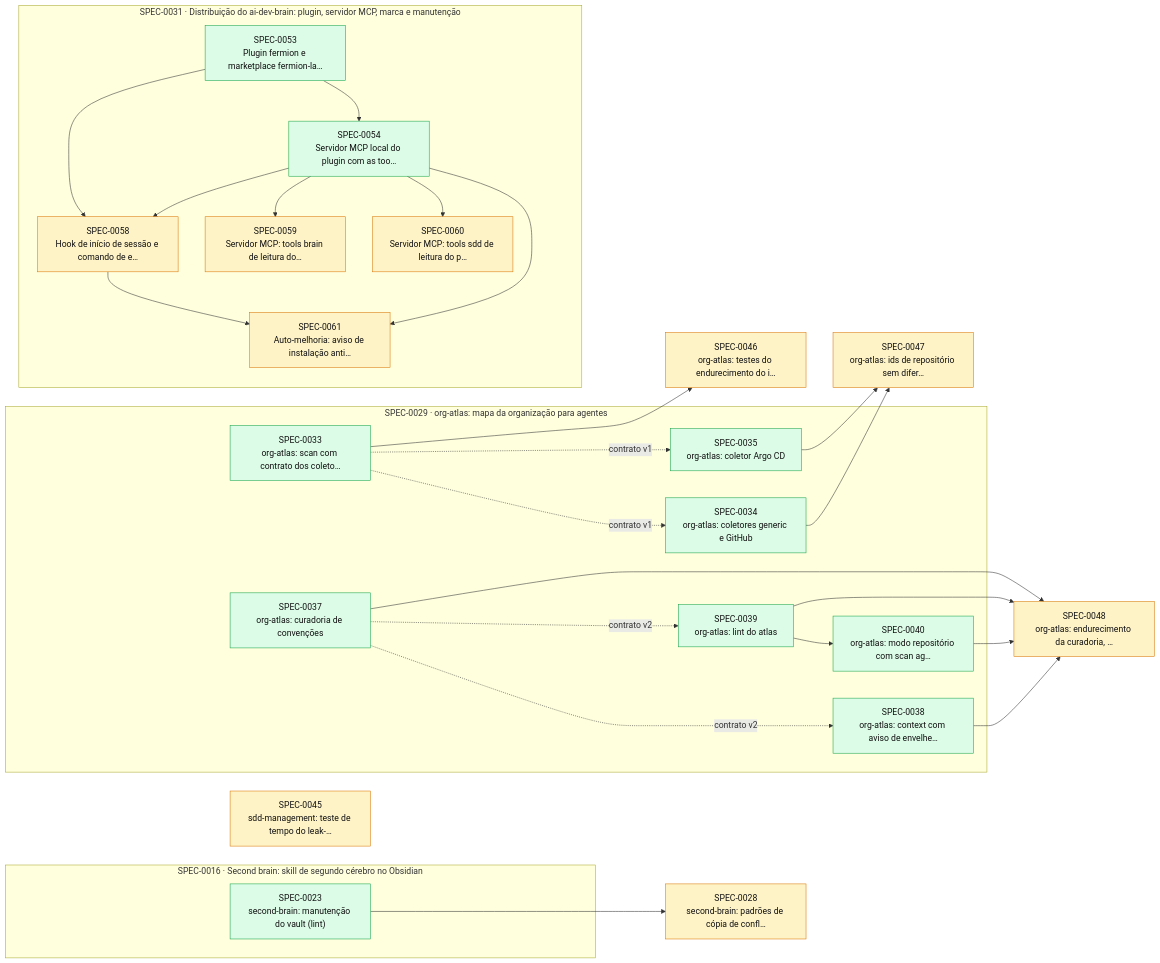
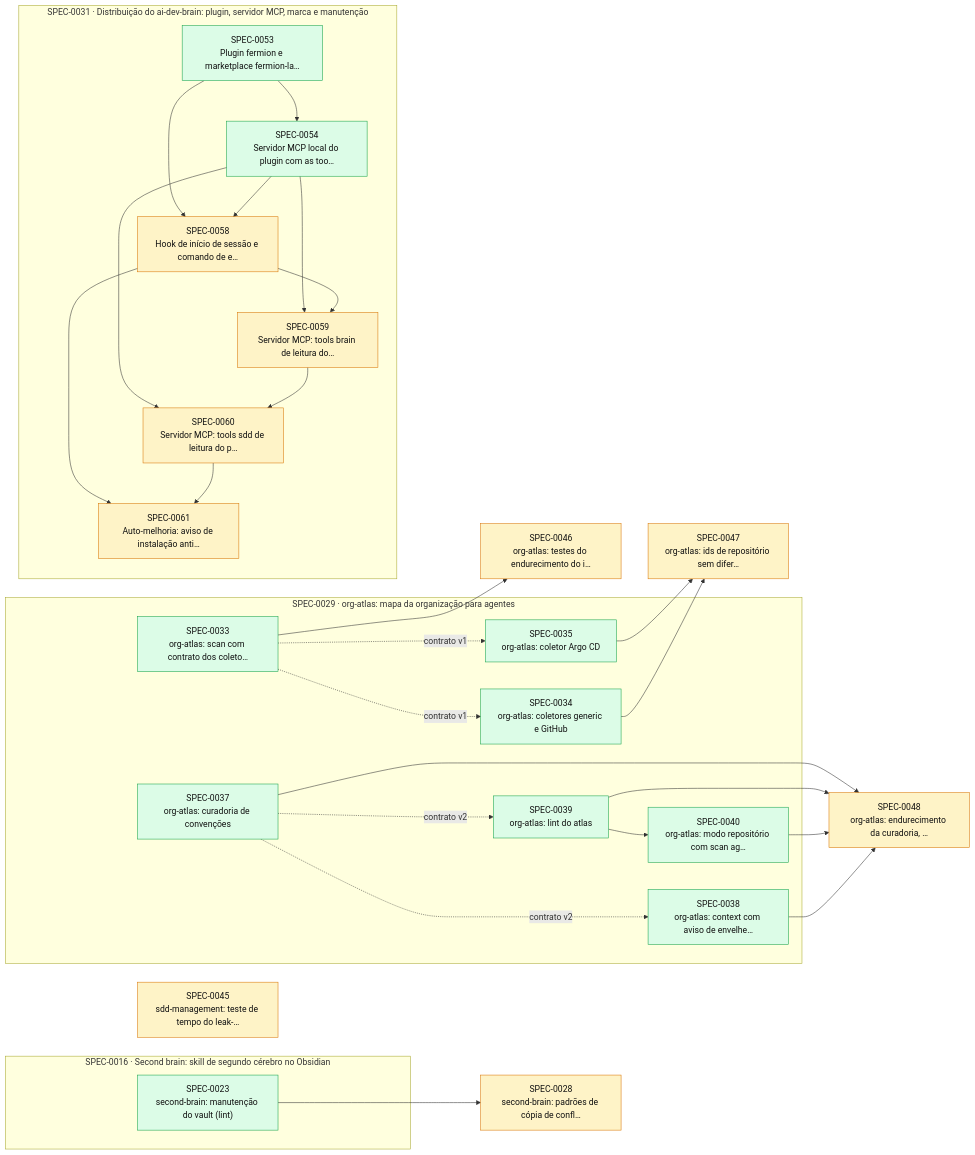
One commit to thomasravache/ai-dev-brain changed the diagram in docs/specs/INDEX.md. Above: the diagram before and after it, drawn with Mermaid. The commit also changed other lines of this file and 8 other files, not shown here.

````diff
--- a/docs/specs/INDEX.md
+++ b/docs/specs/INDEX.md
@@ -56,53 +56,55 @@
 ```mermaid
 flowchart LR
   S0028["SPEC-0028<br/>second-brain: padrões de cópia de confl…"]:::proposed
   S0045["SPEC-0045<br/>sdd-management: teste de tempo do leak-…"]:::proposed
   S0046["SPEC-0046<br/>org-atlas: testes do endurecimento do i…"]:::proposed
   S0047["SPEC-0047<br/>org-atlas: ids de repositório sem difer…"]:::proposed
   S0048["SPEC-0048<br/>org-atlas: endurecimento da curadoria, …"]:::proposed
   subgraph E0016["SPEC-0016 · Second brain: skill de segundo cérebro no Obsidian"]
     S0023["SPEC-0023<br/>second-brain: manutenção do vault (lint)"]:::implemented
   end
   subgraph E0029["SPEC-0029 · org-atlas: mapa da organização para agentes"]
     S0033["SPEC-0033<br/>org-atlas: scan com contrato dos coleto…"]:::implemented
     S0034["SPEC-0034<br/>org-atlas: coletores generic e GitHub"]:::implemented
     S0035["SPEC-0035<br/>org-atlas: coletor Argo CD"]:::implemented
     S0037["SPEC-0037<br/>org-atlas: curadoria de convenções"]:::implemented
     S0038["SPEC-0038<br/>org-atlas: context com aviso de envelhe…"]:::implemented
     S0039["SPEC-0039<br/>org-atlas: lint do atlas"]:::implemented
     S0040["SPEC-0040<br/>org-atlas: modo repositório com scan ag…"]:::implemented
   end
   subgraph E0031["SPEC-0031 · Distribuição do ai-dev-brain: plugin, servidor MCP, marca e manutenção"]
     S0053["SPEC-0053<br/>Plugin fermion e marketplace fermion-la…"]:::implemented
     S0054["SPEC-0054<br/>Servidor MCP local do plugin com as too…"]:::implemented
     S0058["SPEC-0058<br/>Hook de início de sessão e comando de e…"]:::proposed
     S0059["SPEC-0059<br/>Servidor MCP: tools brain de leitura do…"]:::proposed
     S0060["SPEC-0060<br/>Servidor MCP: tools sdd de leitura do p…"]:::proposed
     S0061["SPEC-0061<br/>Auto-melhoria: aviso de instalação anti…"]:::proposed
   end
   S0023 --> S0028
   S0033 -. contrato v1 .-> S0034
   S0033 -. contrato v1 .-> S0035
   S0037 -. contrato v2 .-> S0038
   S0037 -. contrato v2 .-> S0039
   S0039 --> S0040
   S0033 --> S0046
   S0034 --> S0047
   S0035 --> S0047
   S0037 --> S0048
   S0038 --> S0048
   S0039 --> S0048
   S0040 --> S0048
   S0053 --> S0054
   S0053 --> S0058
   S0054 --> S0058
   S0054 --> S0059
+  S0058 --> S0059
   S0054 --> S0060
+  S0059 --> S0060
   S0058 --> S0061
-  S0054 --> S0061
+  S0060 --> S0061
   classDef proposed fill:#fef3c7,stroke:#d97706,color:#111
   classDef approved fill:#dbeafe,stroke:#2563eb,color:#111
   classDef inprogress fill:#ede9fe,stroke:#7c3aed,color:#111
   classDef implemented fill:#dcfce7,stroke:#16a34a,color:#111
   classDef deprecated fill:#f3f4f6,stroke:#9ca3af,color:#6b7280
 ```
````
